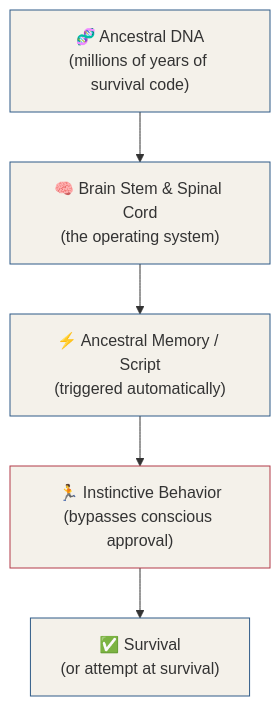
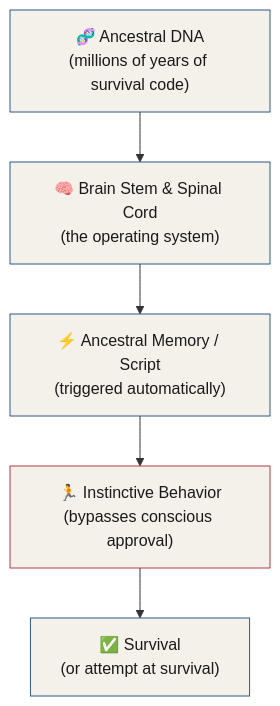
One commit to Joshi004/book-read changed the first of 5 diagrams in chapters/chapter-04.md. Above: the diagram before and after it, drawn with Mermaid. The commit also changed other lines of this file and 7 other files, not shown here.

First line of the commit message:
Enhance Mermaid diagram styles for dark mode compatibility across chapters

````diff
--- a/chapters/chapter-04.md
+++ b/chapters/chapter-04.md
@@ -98,19 +98,19 @@
 ```mermaid
 flowchart TD
     A["🧬 Ancestral DNA\n(millions of years of survival code)"]
     B["🧠 Brain Stem & Spinal Cord\n(the operating system)"]
     C["⚡ Ancestral Memory / Script\n(triggered automatically)"]
     D["🏃 Instinctive Behavior\n(bypasses conscious approval)"]
     E["✅ Survival\n(or attempt at survival)"]
 
     A --> B
     B --> C
     C --> D
     D --> E
 
-    style A fill:#F4F1EA,stroke:#2E5A87
-    style B fill:#F4F1EA,stroke:#2E5A87
-    style C fill:#F4F1EA,stroke:#2E5A87
-    style D fill:#F4F1EA,stroke:#B23A48
-    style E fill:#F4F1EA,stroke:#2E5A87
+    style A fill:#F4F1EA,stroke:#2E5A87,color:#1A1A1A
+    style B fill:#F4F1EA,stroke:#2E5A87,color:#1A1A1A
+    style C fill:#F4F1EA,stroke:#2E5A87,color:#1A1A1A
+    style D fill:#F4F1EA,stroke:#B23A48,color:#1A1A1A
+    style E fill:#F4F1EA,stroke:#2E5A87,color:#1A1A1A
 ```
````
